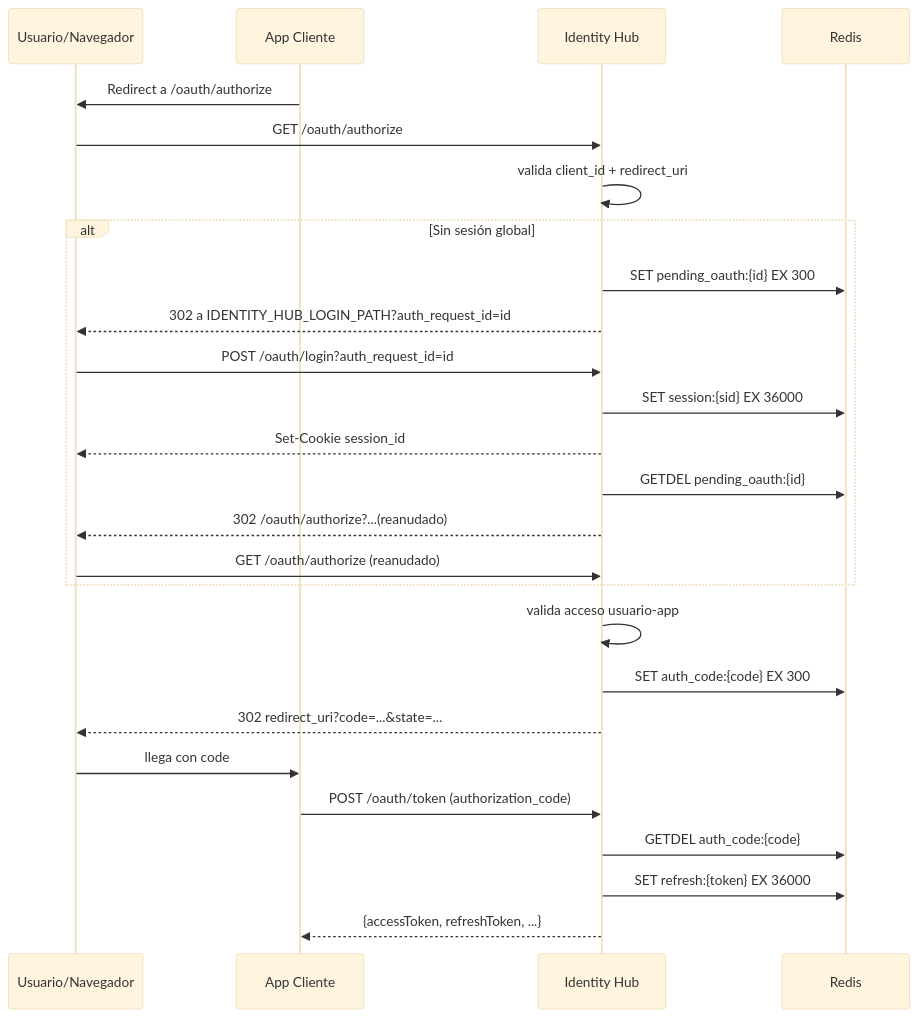
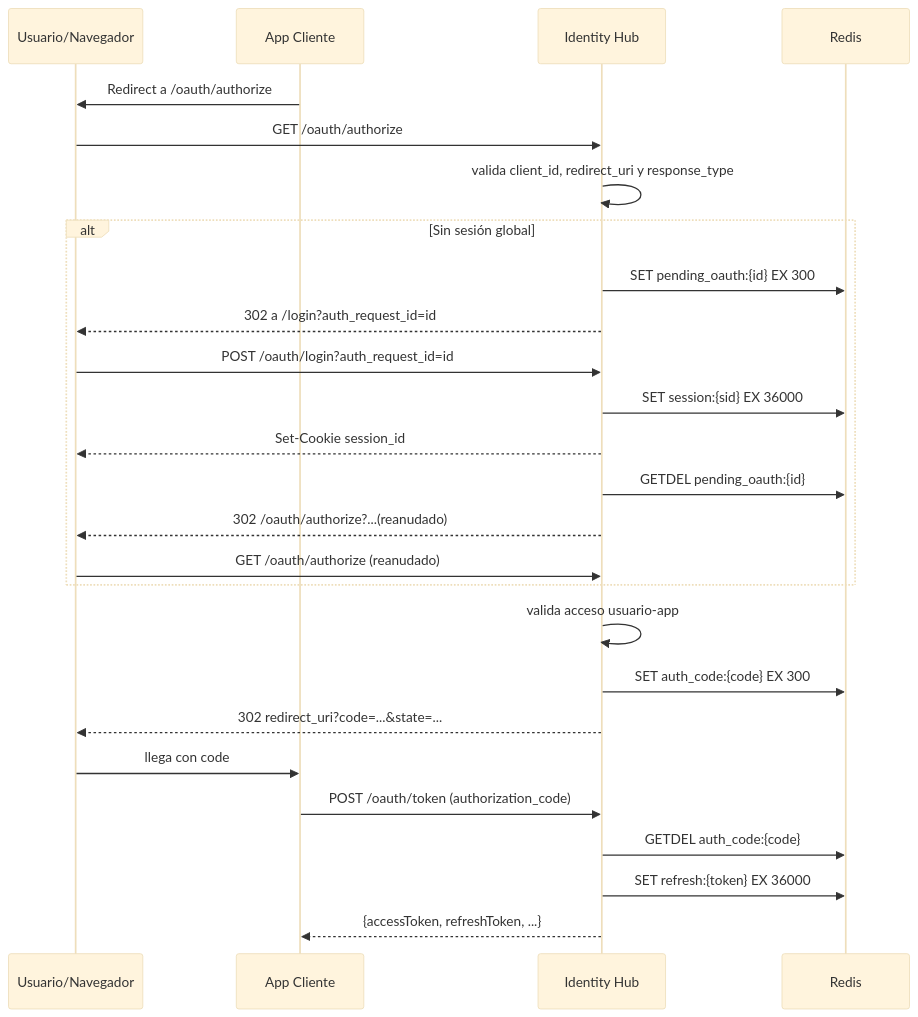
Before and after one commit to joselimbertflores/identity-hub-back: the diagram in docs/architecture/sso-flow.md, drawn with Mermaid (base theme). The commit also changed other lines of this file and 20 other files, not shown here.

````diff
--- a/docs/architecture/sso-flow.md
+++ b/docs/architecture/sso-flow.md
@@ -147,30 +183,30 @@
 ```mermaid
 sequenceDiagram
   participant U as Usuario/Navegador
   participant C as App Cliente
   participant H as Identity Hub
   participant R as Redis
 
   C->>U: Redirect a /oauth/authorize
   U->>H: GET /oauth/authorize
-  H->>H: valida client_id + redirect_uri
+  H->>H: valida client_id, redirect_uri y response_type
   alt Sin sesión global
     H->>R: SET pending_oauth:{id} EX 300
-    H-->>U: 302 a IDENTITY_HUB_LOGIN_PATH?auth_request_id=id
+    H-->>U: 302 a /login?auth_request_id=id
     U->>H: POST /oauth/login?auth_request_id=id
     H->>R: SET session:{sid} EX 36000
     H-->>U: Set-Cookie session_id
     H->>R: GETDEL pending_oauth:{id}
     H-->>U: 302 /oauth/authorize?...(reanudado)
     U->>H: GET /oauth/authorize (reanudado)
   end
 
   H->>H: valida acceso usuario-app
   H->>R: SET auth_code:{code} EX 300
   H-->>U: 302 redirect_uri?code=...&state=...
   U->>C: llega con code
   C->>H: POST /oauth/token (authorization_code)
   H->>R: GETDEL auth_code:{code}
   H->>R: SET refresh:{token} EX 36000
   H-->>C: {accessToken, refreshToken, ...}
 ```
````
